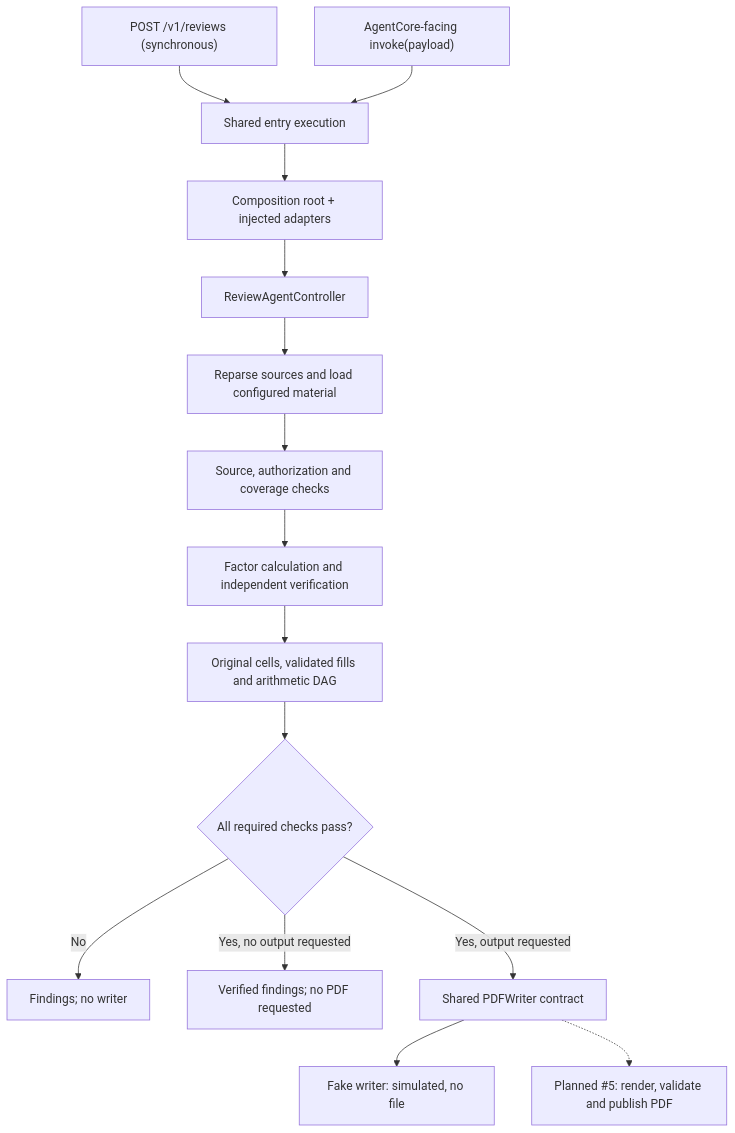
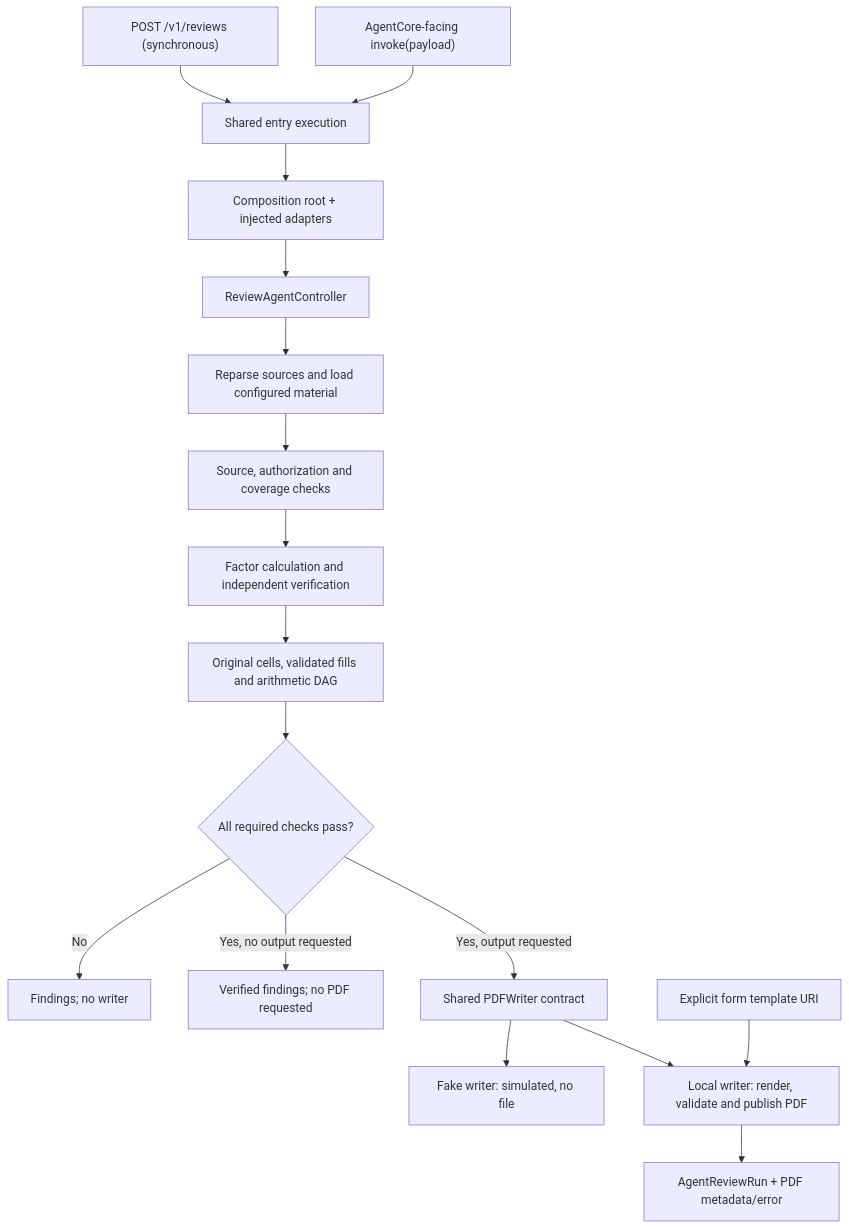
The first of 3 diagrams in docs/architecture.md (chengruchou/newtaipei-appraisal-review-ai), drawn with Mermaid before and after one commit. The commit also changed other lines of this file and 13 other files, not shown here.

Commit message:
docs: document PDF writer implementation and review

````diff
--- a/docs/architecture.md
+++ b/docs/architecture.md
@@ -19,17 +19,19 @@
 ```mermaid
 flowchart TD
     API["POST /v1/reviews (synchronous)"] --> ENTRY["Shared entry execution"]
     INV["AgentCore-facing invoke(payload)"] --> ENTRY
     ENTRY --> BOOT["Composition root + injected adapters"]
     BOOT --> C["ReviewAgentController"]
     C --> P["Reparse sources and load configured material"]
     P --> CASE["Source, authorization and coverage checks"]
     CASE --> E["Factor calculation and independent verification"]
     E --> V["Original cells, validated fills and arithmetic DAG"]
     V --> GATE{"All required checks pass?"}
     GATE -->|No| F["Findings; no writer"]
     GATE -->|Yes, no output requested| DONE["Verified findings; no PDF requested"]
     GATE -->|Yes, output requested| W["Shared PDFWriter contract"]
     W --> FAKE["Fake writer: simulated, no file"]
-    W -.-> REAL["Planned #5: render, validate and publish PDF"]
+    T["Explicit form template URI"] --> REAL
+    W --> REAL["Local writer: render, validate and publish PDF"]
+    REAL --> R["AgentReviewRun + PDF metadata/error"]
 ```
````
